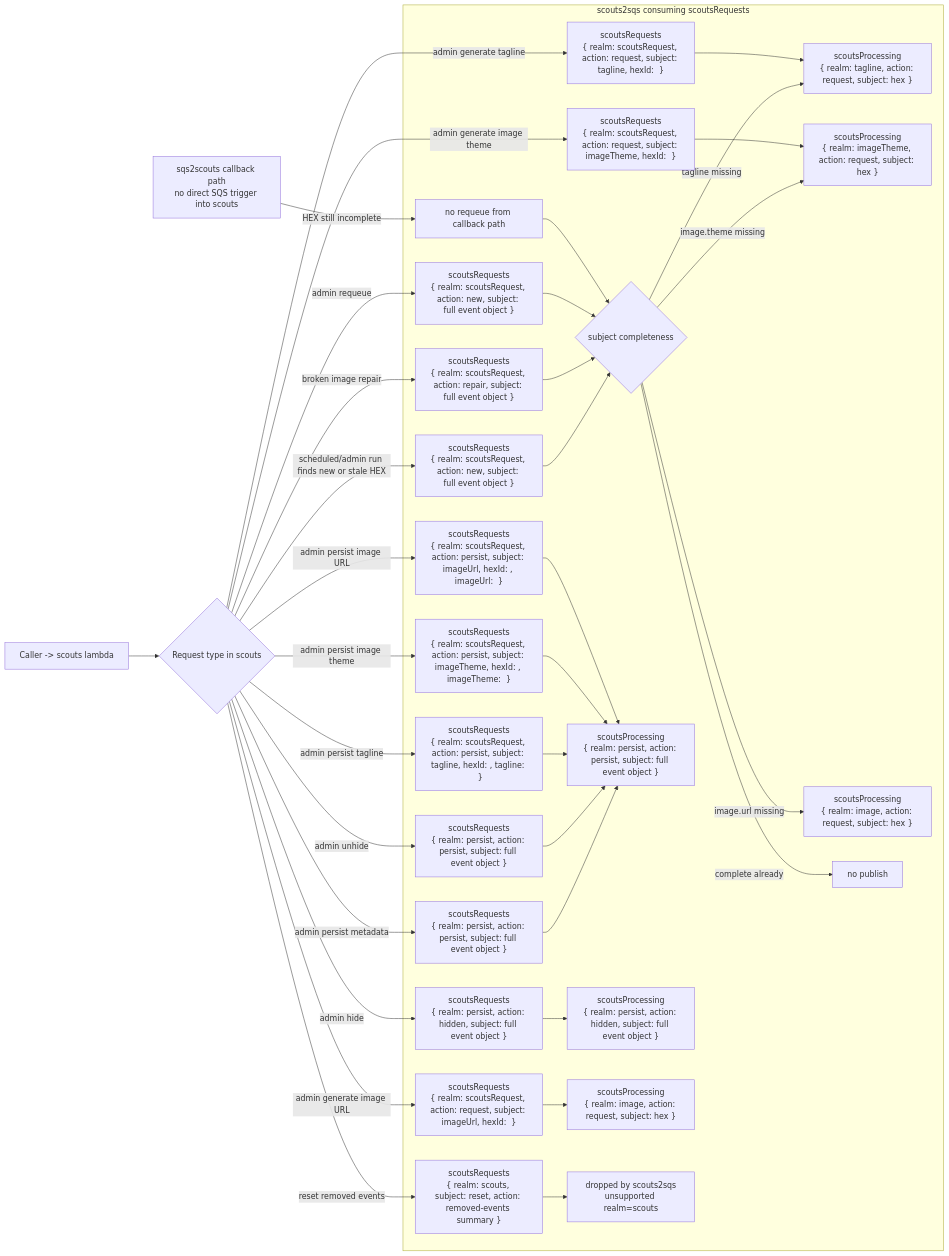
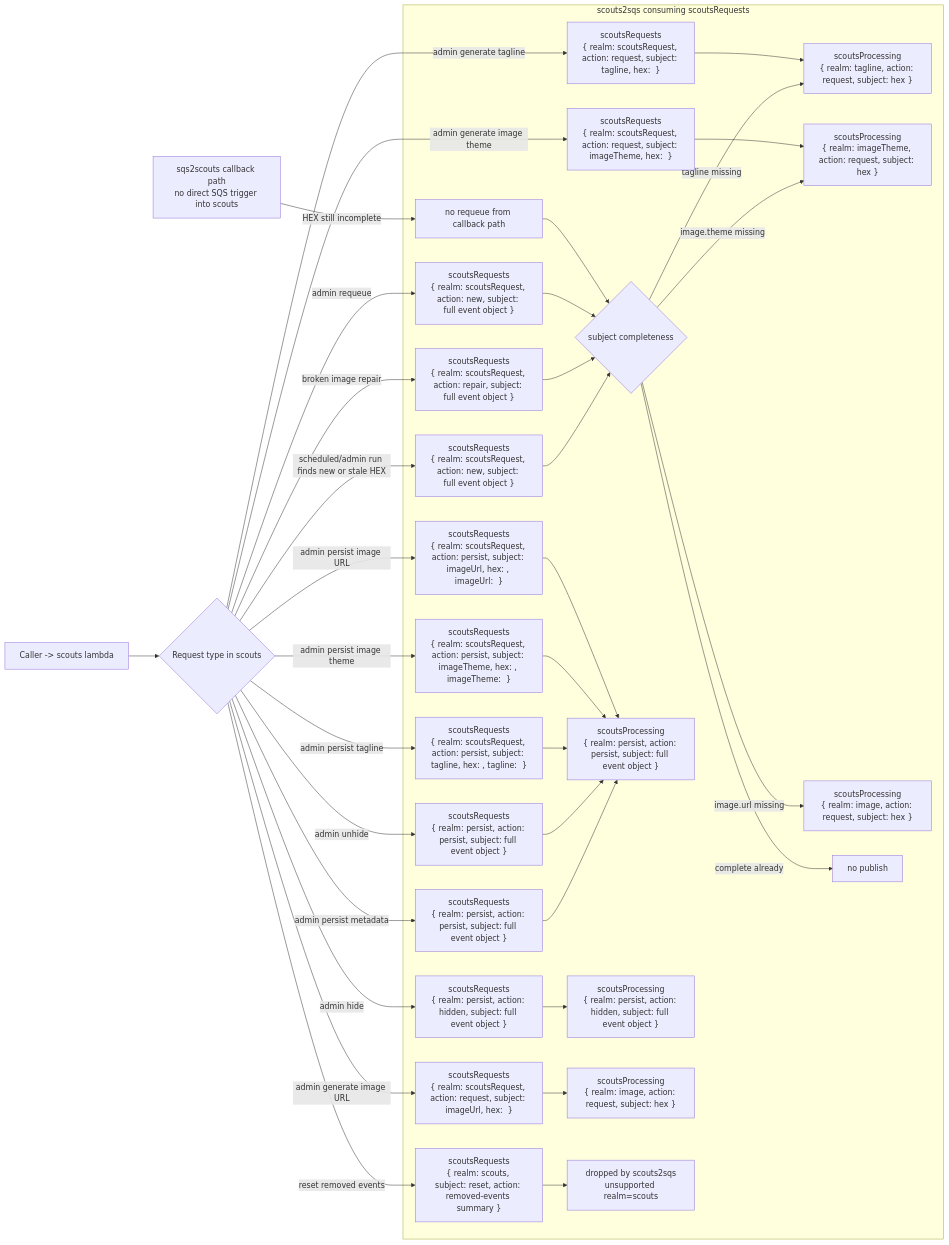
Before and after one commit to antonio1000homens/scouts: the diagram in lambdas/scouts/docs/SCOUTS-REQUEST-PIPELINE.md, drawn with Mermaid. The commit also changed other lines of this file and 13 other files, not shown here.

````diff
--- a/lambdas/scouts/docs/SCOUTS-REQUEST-PIPELINE.md
+++ b/lambdas/scouts/docs/SCOUTS-REQUEST-PIPELINE.md
@@ -20,43 +20,43 @@
 ```mermaid
 flowchart LR
     A["Caller -> scouts lambda"] --> B{"Request type in scouts"}
 
     B -->|"scheduled/admin run finds new or stale HEX"| Q1["scoutsRequests\n{ realm: scoutsRequest, action: new, subject: full event object }"]
     B -->|"broken image repair"| Q2["scoutsRequests\n{ realm: scoutsRequest, action: repair, subject: full event object }"]
     B -->|"admin requeue"| Q3["scoutsRequests\n{ realm: scoutsRequest, action: new, subject: full event object }"]
     B -->|"admin persist metadata"| Q4["scoutsRequests\n{ realm: persist, action: persist, subject: full event object }"]
     B -->|"admin hide"| Q5["scoutsRequests\n{ realm: persist, action: hidden, subject: full event object }"]
     B -->|"admin unhide"| Q6["scoutsRequests\n{ realm: persist, action: persist, subject: full event object }"]
-    B -->|"admin generate tagline"| Q7["scoutsRequests\n{ realm: scoutsRequest, action: request, subject: tagline, hexId: <hex> }"]
-    B -->|"admin generate image theme"| Q8["scoutsRequests\n{ realm: scoutsRequest, action: request, subject: imageTheme, hexId: <hex> }"]
-    B -->|"admin persist tagline"| Q12["scoutsRequests\n{ realm: scoutsRequest, action: persist, subject: tagline, hexId: <hex>, tagline: <value> }"]
-    B -->|"admin persist image theme"| Q13["scoutsRequests\n{ realm: scoutsRequest, action: persist, subject: imageTheme, hexId: <hex>, imageTheme: <value> }"]
-    B -->|"admin generate image URL"| Q9["scoutsRequests\n{ realm: scoutsRequest, action: request, subject: imageUrl, hexId: <hex> }"]
-    B -->|"admin persist image URL"| Q14["scoutsRequests\n{ realm: scoutsRequest, action: persist, subject: imageUrl, hexId: <hex>, imageUrl: <value> }"]
+    B -->|"admin generate tagline"| Q7["scoutsRequests\n{ realm: scoutsRequest, action: request, subject: tagline, hex: <hex> }"]
+    B -->|"admin generate image theme"| Q8["scoutsRequests\n{ realm: scoutsRequest, action: request, subject: imageTheme, hex: <hex> }"]
+    B -->|"admin persist tagline"| Q12["scoutsRequests\n{ realm: scoutsRequest, action: persist, subject: tagline, hex: <hex>, tagline: <value> }"]
+    B -->|"admin persist image theme"| Q13["scoutsRequests\n{ realm: scoutsRequest, action: persist, subject: imageTheme, hex: <hex>, imageTheme: <value> }"]
+    B -->|"admin generate image URL"| Q9["scoutsRequests\n{ realm: scoutsRequest, action: request, subject: imageUrl, hex: <hex> }"]
+    B -->|"admin persist image URL"| Q14["scoutsRequests\n{ realm: scoutsRequest, action: persist, subject: imageUrl, hex: <hex>, imageUrl: <value> }"]
     B -->|"reset removed events"| Q10["scoutsRequests\n{ realm: scouts, subject: reset, action: removed-events summary }"]
 
     C["sqs2scouts callback path\nno direct SQS trigger into scouts"] -->|"HEX still incomplete"| Q11["no requeue from callback path"]
 
     subgraph D["scouts2sqs consuming scoutsRequests"]
         Q1 --> E{"subject completeness"}
         Q2 --> E
         Q3 --> E
         Q11 --> E
 
         E -->|"tagline missing"| P1["scoutsProcessing\n{ realm: tagline, action: request, subject: hex }"]
         E -->|"image.theme missing"| P2["scoutsProcessing\n{ realm: imageTheme, action: request, subject: hex }"]
         E -->|"image.url missing"| P3["scoutsProcessing\n{ realm: image, action: request, subject: hex }"]
         E -->|"complete already"| X1["no publish"]
 
         Q4 --> P4["scoutsProcessing\n{ realm: persist, action: persist, subject: full event object }"]
         Q5 --> P5["scoutsProcessing\n{ realm: persist, action: hidden, subject: full event object }"]
         Q6 --> P4
         Q7 --> P1
         Q8 --> P2
         Q12 --> P4
         Q13 --> P4
         Q9 --> P6["scoutsProcessing\n{ realm: image, action: request, subject: hex }"]
         Q14 --> P4
         Q10 --> X2["dropped by scouts2sqs\nunsupported realm=scouts"]
     end
 ```
````
